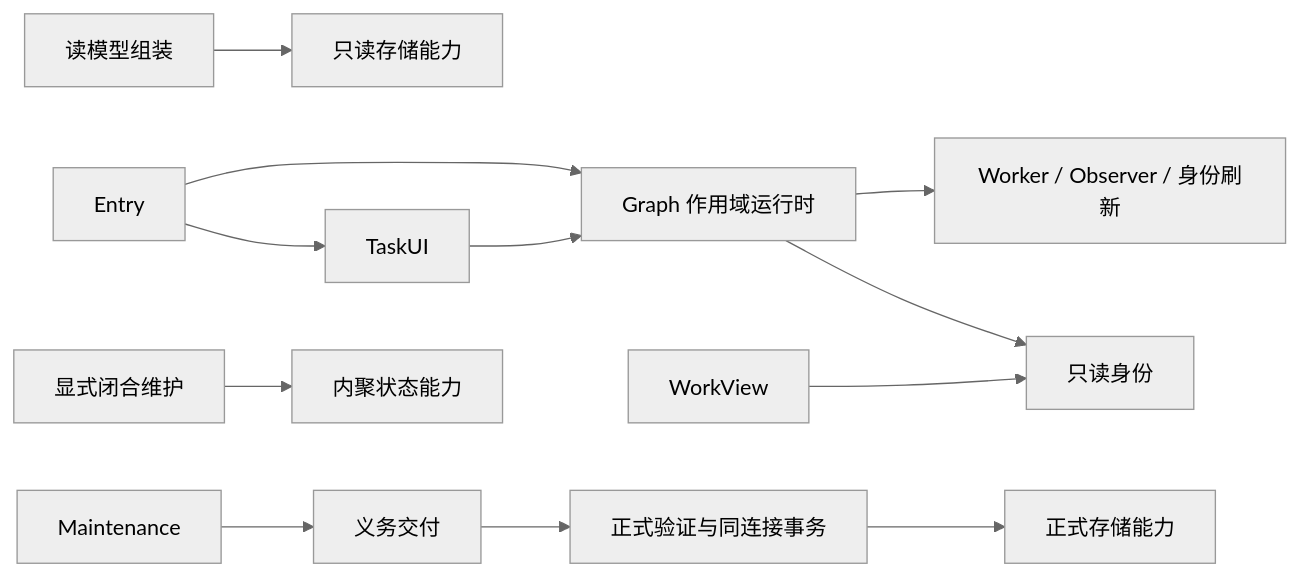
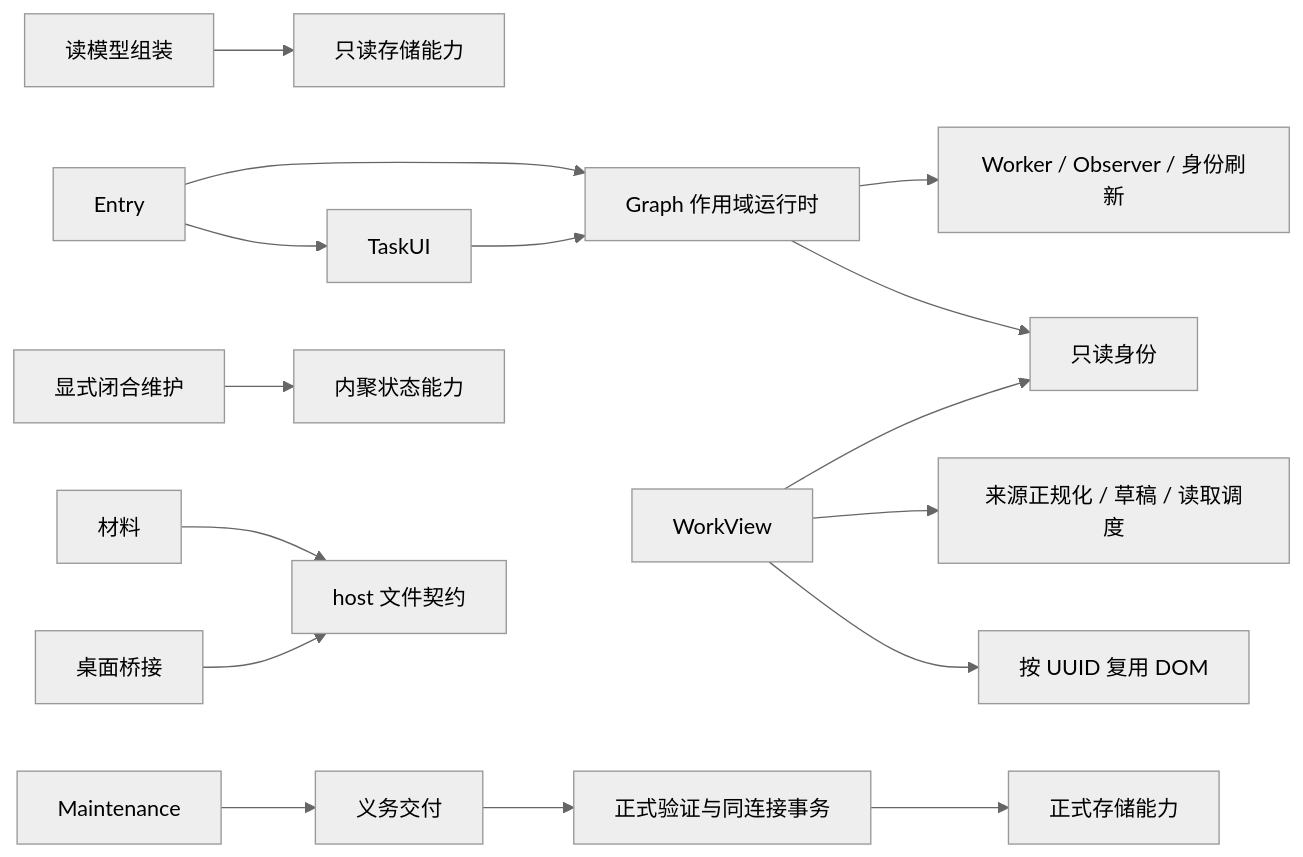
One commit to wrd233/logseq-task-manager changed the second of 3 diagrams in docs/refactoring/round-02-03-results.md. Above: the diagram before and after it, drawn with Mermaid (neutral theme). The commit also changed other lines of this file and 3 other files, not shown here.

````diff
--- a/docs/refactoring/round-02-03-results.md
+++ b/docs/refactoring/round-02-03-results.md
@@ -30,14 +32,18 @@
 ```mermaid
 flowchart LR
   Entry --> Runtime[Graph 作用域运行时]
   Entry --> TaskUI
   Runtime --> Worker[Worker / Observer / 身份刷新]
   TaskUI --> Runtime
   WorkView --> Identity[只读身份]
   Runtime --> Identity
   Query[读模型组装] --> ReadPorts[只读存储能力]
   Readiness[显式闭合维护] --> StatePorts[内聚状态能力]
   Delivery[义务交付] --> Kernel[正式验证与同连接事务]
   Maintenance --> Delivery
   Kernel --> FormalPorts[正式存储能力]
+  WorkView --> Source[来源正规化 / 草稿 / 读取调度]
+  WorkView --> Renderer[按 UUID 复用 DOM]
+  Materials[材料] --> FileIO[host 文件契约]
+  Desktop[桌面桥接] --> FileIO
 ```
````
